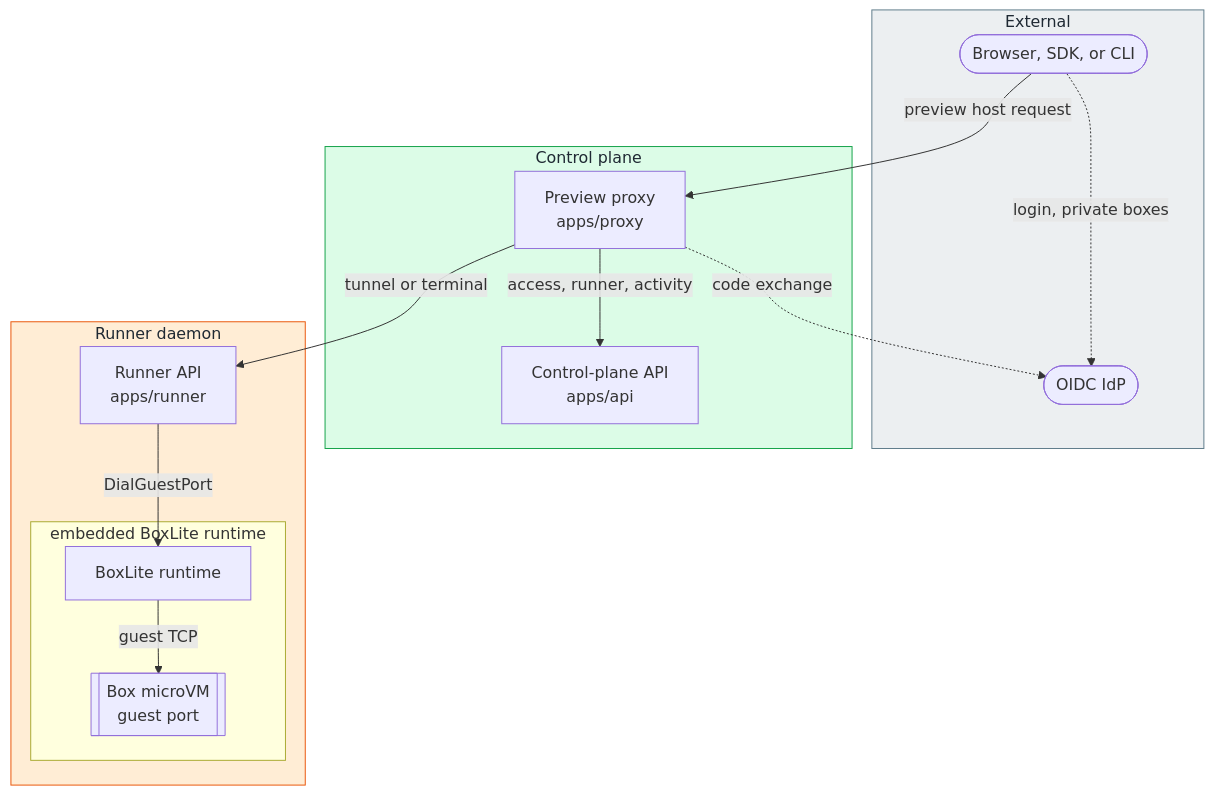
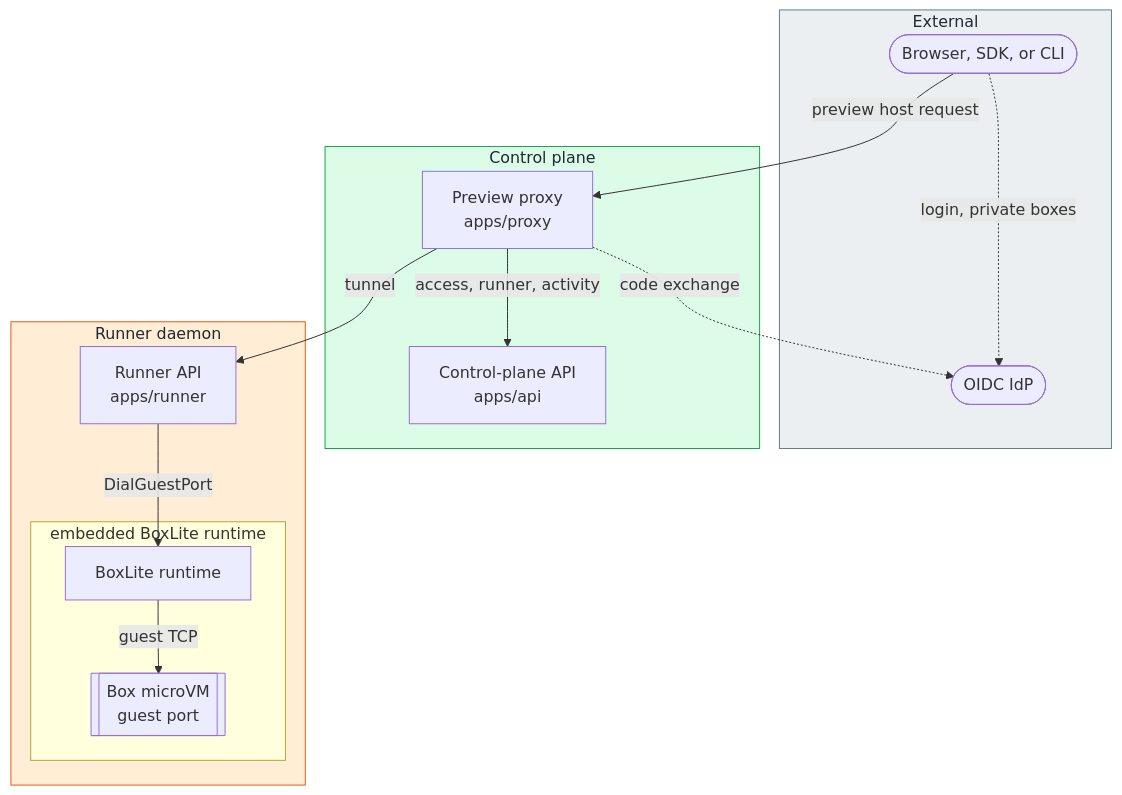
One commit to ARenigma/boxlite changed the diagram in apps/proxy/README.md. Above: the diagram before and after it, drawn with Mermaid. The commit also changed other lines of this file and 72 other files, not shown here.

````diff
--- a/apps/proxy/README.md
+++ b/apps/proxy/README.md
@@ -18,36 +18,36 @@
 ```mermaid
 flowchart TB
     classDef scope_external fill:#eceff1,stroke:#607d8b,color:#1f2933
     classDef scope_compute fill:#dcfce7,stroke:#16a34a,color:#1f2933
     classDef scope_execution fill:#ffedd5,stroke:#ea580c,color:#1f2933
 
     subgraph external["External"]
         client(["Browser, SDK, or CLI"])
         idp(["OIDC IdP"])
     end
 
     subgraph control_plane["Control plane"]
         proxy["Preview proxy<br/>apps/proxy"]
         api["Control-plane API<br/>apps/api"]
     end
 
     subgraph runner_process["Runner daemon"]
         runner_api["Runner API<br/>apps/runner"]
         subgraph embedded_boxlite["embedded BoxLite runtime"]
             boxlite_core["BoxLite runtime"]
             boxes[["Box microVM<br/>guest port"]]
         end
     end
 
     client client_to_proxy@-->|"preview host request"| proxy
     proxy proxy_to_api@-->|"access, runner, activity"| api
-    proxy proxy_to_runner@-->|"tunnel or terminal"| runner_api
+    proxy proxy_to_runner@-->|"tunnel"| runner_api
     runner_api runner_to_boxlite@-->|"DialGuestPort"| boxlite_core
     boxlite_core boxlite_to_boxes@-->|"guest TCP"| boxes
     client client_to_idp@-.->|"login, private boxes"| idp
     proxy proxy_to_idp@-.->|"code exchange"| idp
 
     class external scope_external
     class control_plane scope_compute
     class runner_process scope_execution
 ```
````
